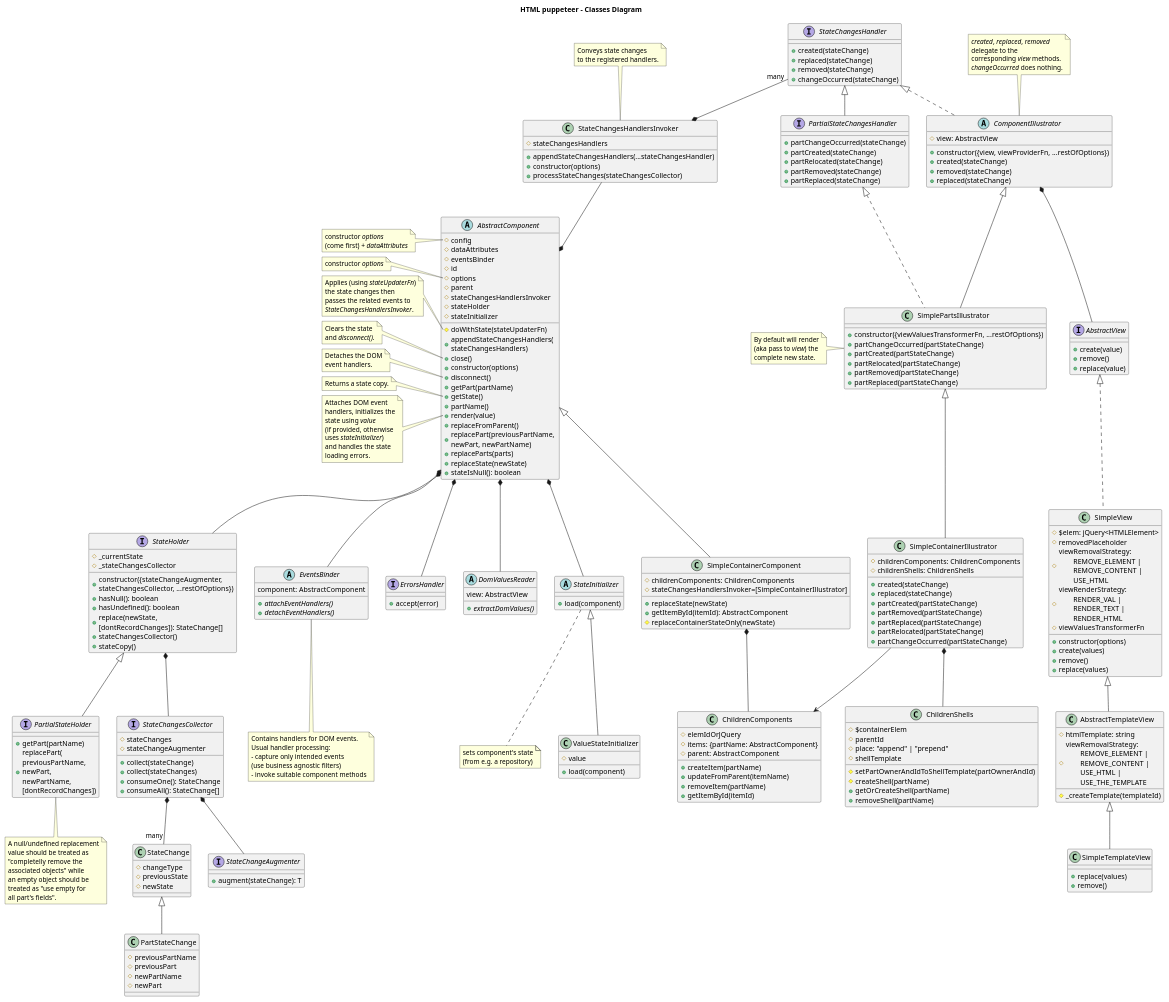
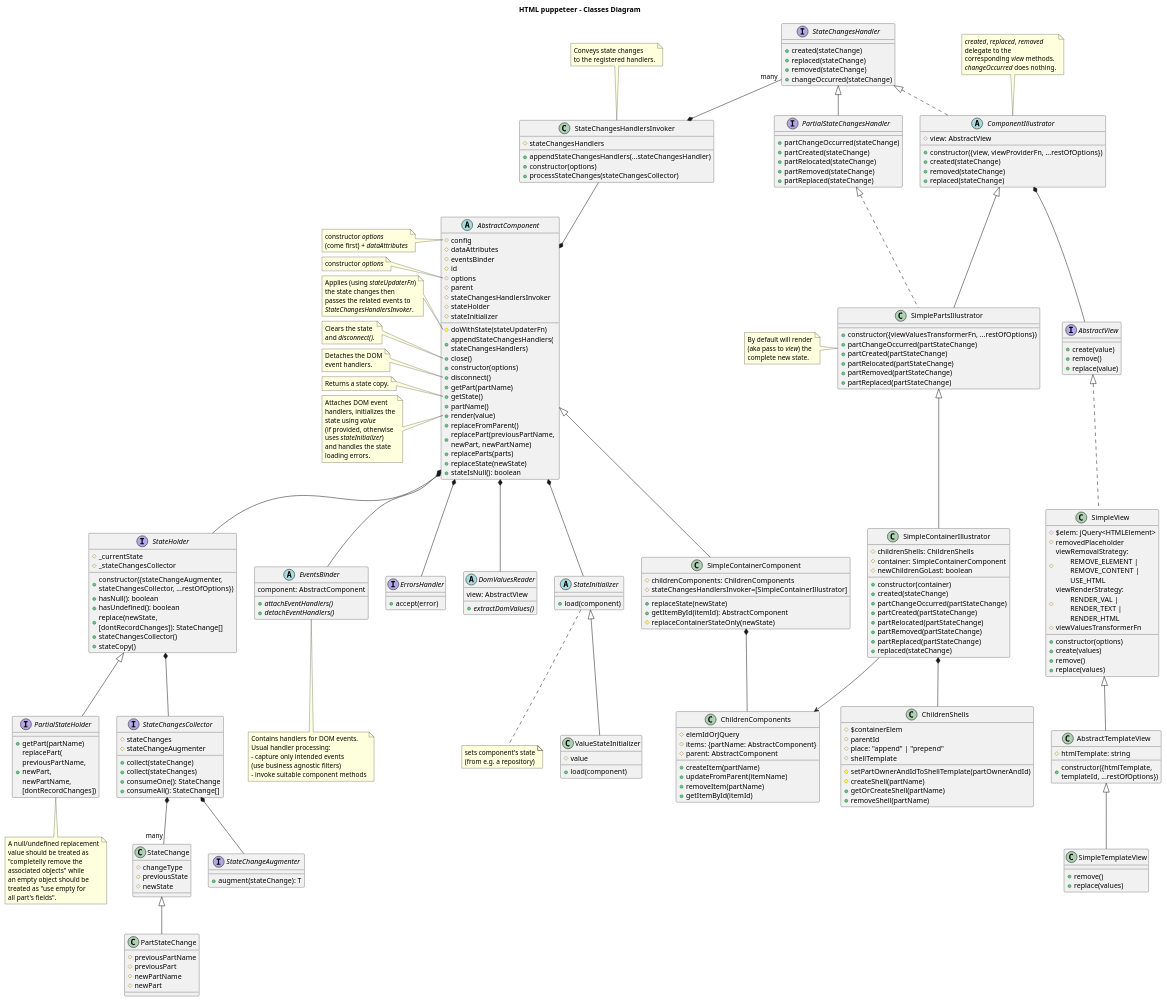
The diagram in design/classes-diagram.puml (adrhc/html-puppeteer), drawn with PlantUML before and after one commit. The commit also changed 1 other file, not shown here.

Commit message:
SimpleContainerIllustrator.constructor: component -> container classes-diagram.puml updated

```diff
--- a/design/classes-diagram.puml
+++ b/design/classes-diagram.puml
@@ -118,15 +118,17 @@
 }'/
 
 class SimpleContainerIllustrator extends SimplePartsIllustrator {
-#childrenComponents: ChildrenComponents
 #childrenShells: ChildrenShells
+#container: SimpleContainerComponent
+#newChildrenGoLast: boolean
++constructor(container)
 +created(stateChange)
-+replaced(stateChange)
++partChangeOccurred(partStateChange)
 +partCreated(partStateChange)
++partRelocated(partStateChange)
 +partRemoved(partStateChange)
 +partReplaced(partStateChange)
-+partRelocated(partStateChange)
-+partChangeOccurred(partStateChange)
++replaced(stateChange)
 }
 
 SimpleContainerIllustrator -down-> ChildrenComponents
@@ -302,13 +304,12 @@
 
 class AbstractTemplateView extends SimpleView {
 #htmlTemplate: string
-#viewRemovalStrategy: \n\tREMOVE_ELEMENT |\n\tREMOVE_CONTENT |\n\tUSE_HTML |\n\tUSE_THE_TEMPLATE
-#_createTemplate(templateId)
++constructor({htmlTemplate,\ntemplateId, ...restOfOptions})
 }
 
 class SimpleTemplateView extends AbstractTemplateView {
++remove()
 +replace(values)
-+remove()
 }
 
 class StateChangesHandlersInvoker {
```
